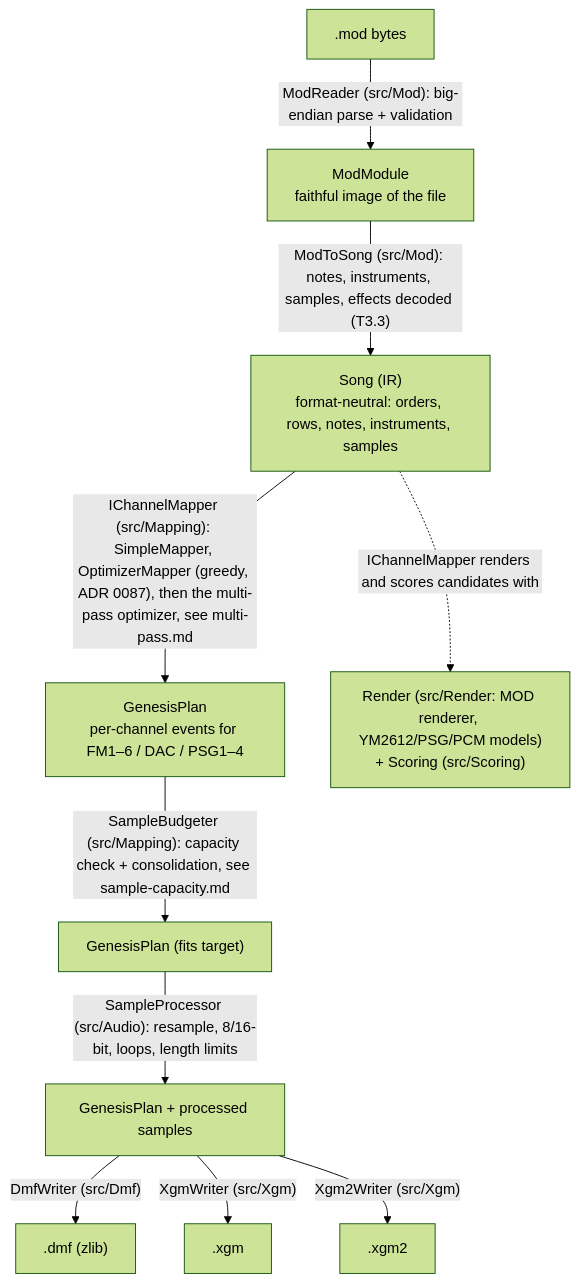
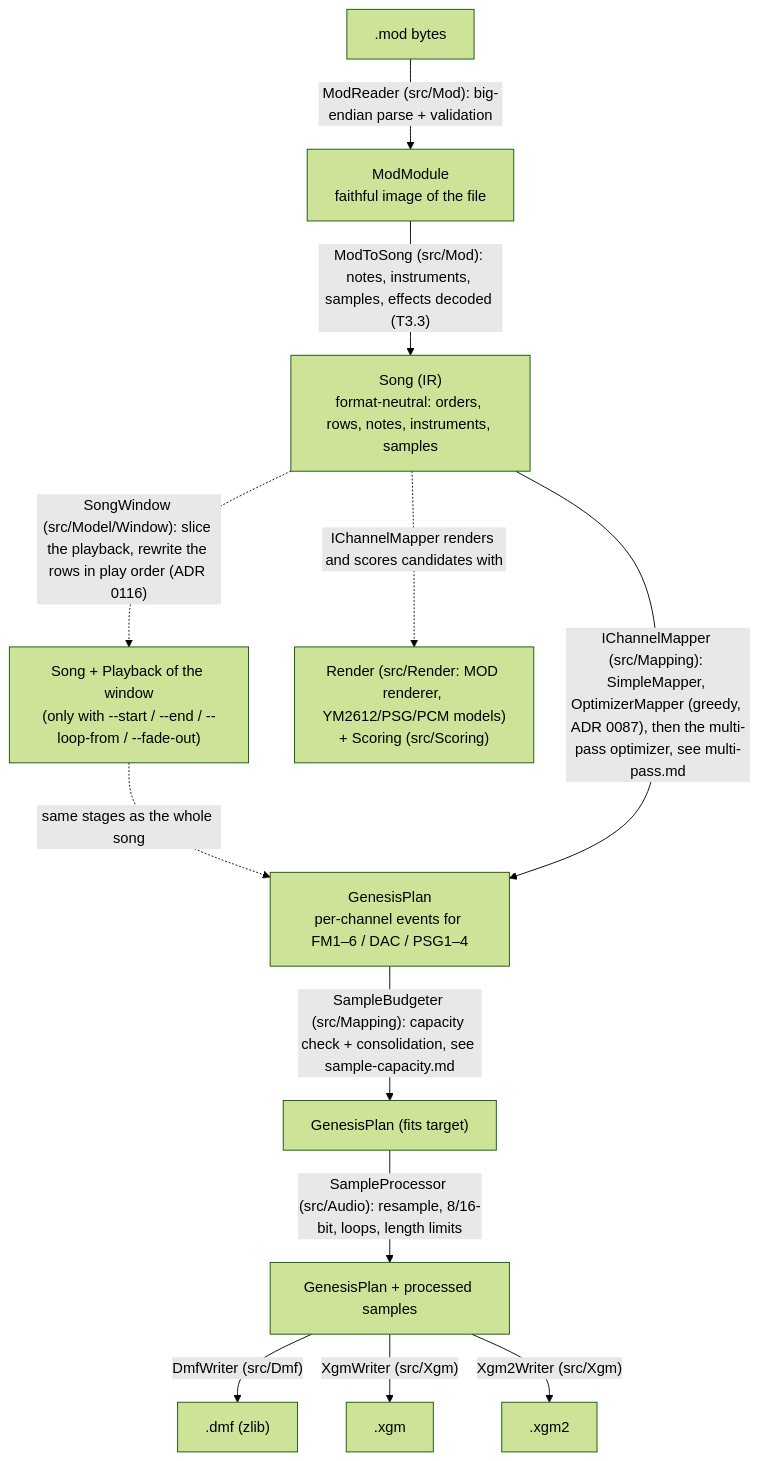
One commit to davidpizon/Mod2Xgm changed the diagram in docs/architecture.md. Above: the diagram before and after it, drawn with Mermaid (forest theme). The commit also changed other lines of this file and 27 other files, not shown here.

First line of the commit message:
T18.1: Convert a window of the song (--start, --end, --loop-from, --fade-out)

````diff
--- a/docs/architecture.md
+++ b/docs/architecture.md
@@ -5,23 +5,26 @@
 ```mermaid
 flowchart TD
     bytes[".mod bytes"]
     module["ModModule<br/>faithful image of the file"]
     song["Song (IR)<br/>format-neutral: orders, rows, notes, instruments, samples"]
+    window["Song + Playback of the window<br/>(only with --start / --end / --loop-from / --fade-out)"]
     plan["GenesisPlan<br/>per-channel events for FM1–6 / DAC / PSG1–4"]
     fits["GenesisPlan (fits target)"]
     processed["GenesisPlan + processed samples"]
     dmf[".dmf (zlib)"]
     xgm[".xgm"]
     xgm2[".xgm2"]
     tools["Render (src/Render: MOD renderer, YM2612/PSG/PCM models)<br/>+ Scoring (src/Scoring)"]
 
     bytes -- "ModReader (src/Mod): big-endian parse + validation" --> module
     module -- "ModToSong (src/Mod): notes, instruments, samples, effects decoded (T3.3)" --> song
+    song -. "SongWindow (src/Model/Window): slice the playback, rewrite the rows in play order (ADR 0116)" .-> window
+    window -. "same stages as the whole song" .-> plan
     song -- "IChannelMapper (src/Mapping): SimpleMapper, OptimizerMapper (greedy, ADR 0087), then the multi-pass optimizer, see multi-pass.md" --> plan
     song -. "IChannelMapper renders and scores candidates with" .-> tools
     plan -- "SampleBudgeter (src/Mapping): capacity check + consolidation, see sample-capacity.md" --> fits
     fits -- "SampleProcessor (src/Audio): resample, 8/16-bit, loops, length limits" --> processed
     processed -- "DmfWriter (src/Dmf)" --> dmf
     processed -- "XgmWriter (src/Xgm)" --> xgm
     processed -- "Xgm2Writer (src/Xgm)" --> xgm2
 ```
````
